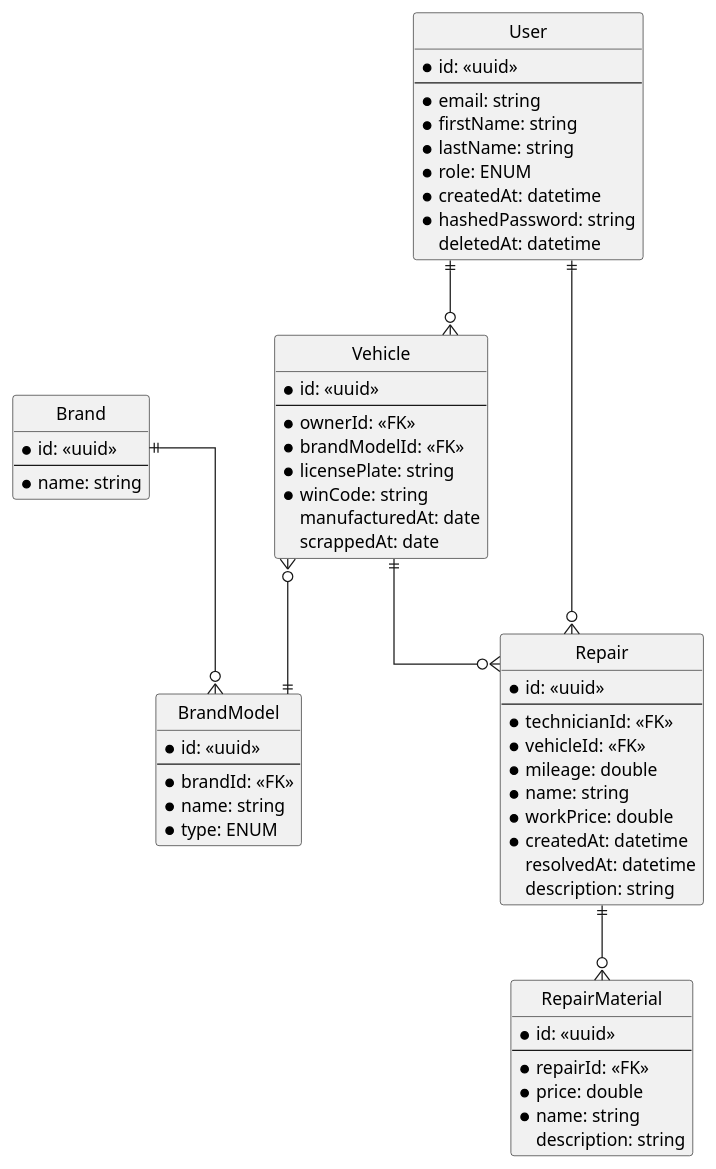
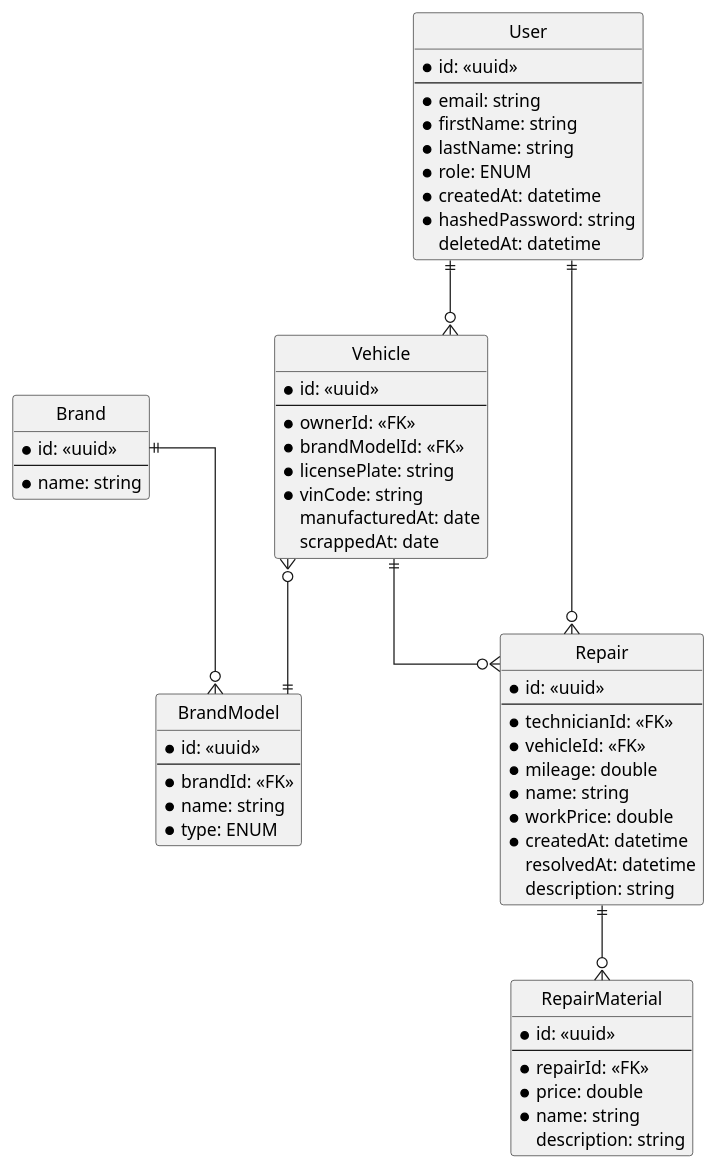
Before and after one commit to f4lcrum/pb138_car_repair: the diagram in backend/diagrams/erd.puml, drawn with PlantUML. The commit also changed 7 other files, not shown here.

```diff
--- a/backend/diagrams/erd.puml
+++ b/backend/diagrams/erd.puml
@@ -1,74 +1,74 @@
 @startuml cars
 
 hide circle
 skinparam Linetype ortho
 skinparam Ranksep 60
 skinparam Nodesep 100
 
 entity Vehicle {
 * id: <<uuid>>
 ---
 *ownerId: <<FK>>
 *brandModelId: <<FK>>
 *licensePlate: string
-*winCode: string
+*vinCode: string
 manufacturedAt: date
 scrappedAt: date
 }
 
 entity Brand {
 * id: <<uuid>>
 ---
 *name: string
 }
 
 entity BrandModel {
 * id: <<uuid>>
 ---
 *brandId: <<FK>>
 *name: string
 *type: ENUM
 }
 
 entity Repair {
 * id: <<uuid>>
 ---
 *technicianId: <<FK>>
 *vehicleId: <<FK>>
 *mileage: double
 *name: string
 *workPrice: double
 *createdAt: datetime
 resolvedAt: datetime
 description: string
 }
 
 entity RepairMaterial {
 * id: <<uuid>>
 ---
 *repairId: <<FK>>
 *price: double
 *name: string
 description: string
 }
 
 entity User {
 * id: <<uuid>>
 ---
 * email: string
 * firstName: string
 * lastName: string
 * role: ENUM
 * createdAt: datetime
 * hashedPassword: string
 deletedAt: datetime
 }
 
 Repair ||--o{ RepairMaterial
 Vehicle ||--o{ Repair
 Vehicle }o--|| BrandModel
 Brand ||--o{ BrandModel
 User ||--o{ Vehicle
 User ||--o{ Repair
 
 @enduml
```
